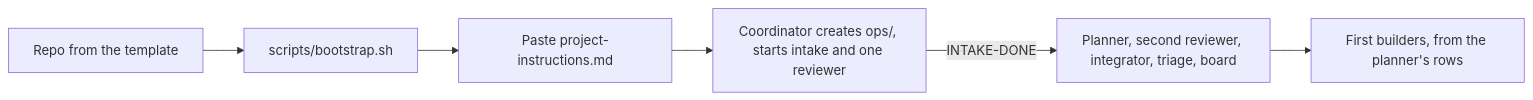
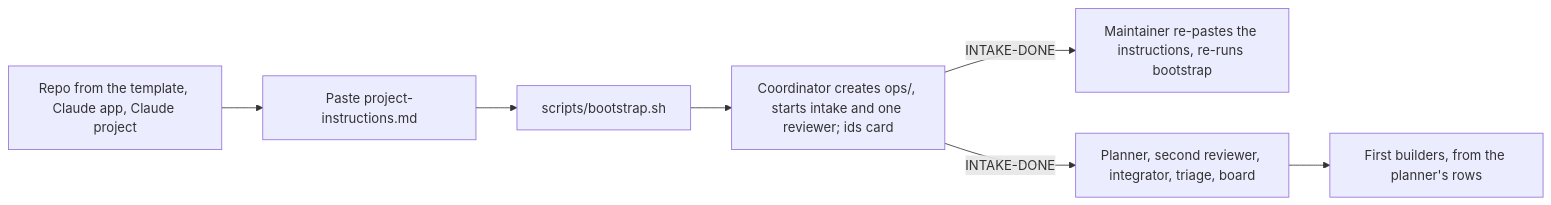
The first of 2 diagrams in docs/agents/README.md (jeffmhopkins/template), drawn with Mermaid before and after one commit. The commit also changed other lines of this file and 4 other files, not shown here.

First line of the commit message:
docs(agents): intake drives its design PR, coordinator relays reviewer ids

````diff
--- a/docs/agents/README.md
+++ b/docs/agents/README.md
@@ -46,8 +54,9 @@
 ```mermaid
 flowchart LR
-    A["Repo from the template"] --> B["scripts/bootstrap.sh"]
-    B --> C["Paste project-instructions.md"]
-    C --> D["Coordinator creates ops/, starts intake and one reviewer"]
+    A["Repo from the template, Claude app, Claude project"] --> C["Paste project-instructions.md"]
+    C --> B["scripts/bootstrap.sh"]
+    B --> D["Coordinator creates ops/, starts intake and one reviewer; ids card"]
+    D -->|INTAKE-DONE| G["Maintainer re-pastes the instructions, re-runs bootstrap"]
     D -->|INTAKE-DONE| E["Planner, second reviewer, integrator, triage, board"]
     E --> F["First builders, from the planner's rows"]
 ```
````
